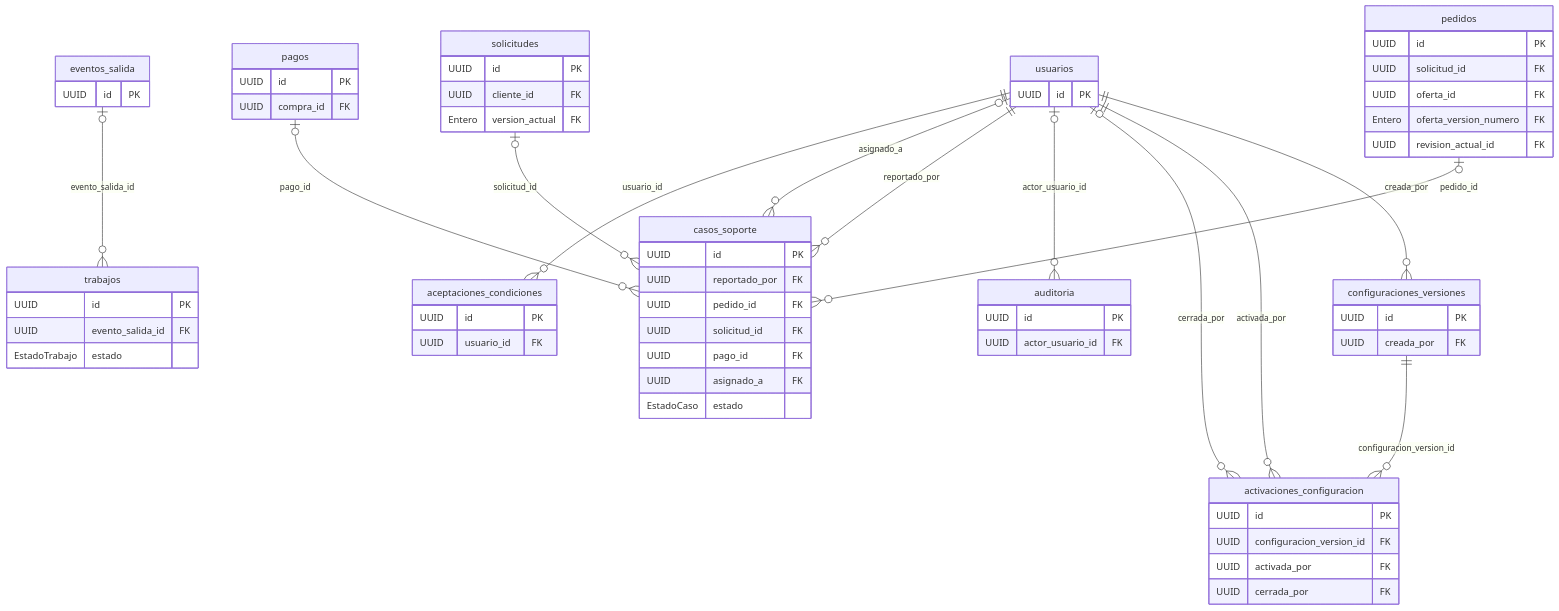
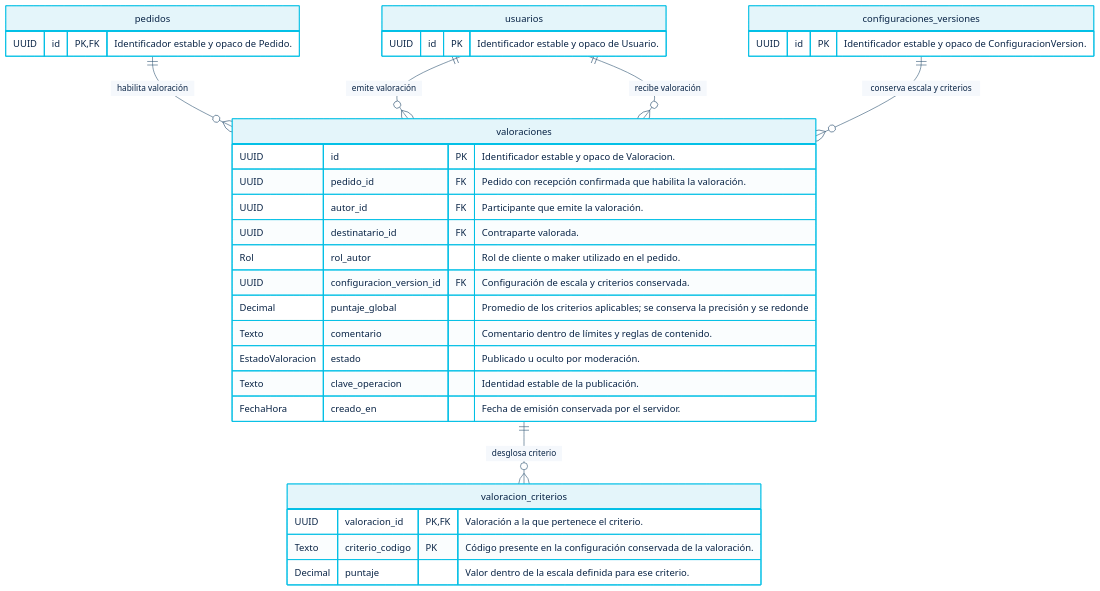
One commit to chill0101/3daltoque-docs changed the tenth of 10 diagrams in src/content/docs/modelado/datos.md. Above: the diagram before and after it, drawn with Mermaid. The commit also changed other lines of this file and 145 other files, not shown here.

Commit message:
docs: actualizar el portal con el alcance y los modelos vigentes

````diff
--- a/src/content/docs/modelado/datos.md
+++ b/src/content/docs/modelado/datos.md
@@ -696,70 +1255,37 @@
 ```mermaid
+%%{init: {"theme":"base","themeVariables":{"primaryColor":"#E4F5FA","primaryTextColor":"#082345","primaryBorderColor":"#00BFE5","lineColor":"#315574","secondaryColor":"#F5F8FC","tertiaryColor":"#FFFFFF","fontFamily":"Manrope, sans-serif"},"flowchart":{"htmlLabels":false},"class":{"htmlLabels":false}}}%%
 erDiagram
-  configuraciones_versiones {
-    UUID id PK
-    UUID creada_por FK
+  direction TB
+  valoraciones {
+    UUID id PK "Identificador estable y opaco de Valoracion."
+    UUID pedido_id FK "Pedido con recepción confirmada que habilita la valoración."
+    UUID autor_id FK "Participante que emite la valoración."
+    UUID destinatario_id FK "Contraparte valorada."
+    Rol rol_autor "Rol de cliente o maker utilizado en el pedido."
+    UUID configuracion_version_id FK "Configuración de escala y criterios conservada."
+    Decimal puntaje_global "Promedio de los criterios aplicables; se conserva la precisión y se redonde"
+    Texto comentario "Comentario dentro de límites y reglas de contenido."
+    EstadoValoracion estado "Publicado u oculto por moderación."
+    Texto clave_operacion "Identidad estable de la publicación."
+    FechaHora creado_en "Fecha de emisión conservada por el servidor."
   }
-  activaciones_configuracion {
-    UUID id PK
-    UUID configuracion_version_id FK
-    UUID activada_por FK
-    UUID cerrada_por FK
+  valoracion_criterios {
+    UUID valoracion_id PK, FK "Valoración a la que pertenece el criterio."
+    Texto criterio_codigo PK "Código presente en la configuración conservada de la valoración."
+    Decimal puntaje "Valor dentro de la escala definida para ese criterio."
   }
-  eventos_salida {
-    UUID id PK
-  }
-  trabajos {
-    UUID id PK
-    UUID evento_salida_id FK
-    EstadoTrabajo estado
-  }
-  auditoria {
-    UUID id PK
-    UUID actor_usuario_id FK
-  }
-  casos_soporte {
-    UUID id PK
-    UUID reportado_por FK
-    UUID pedido_id FK
-    UUID solicitud_id FK
-    UUID pago_id FK
-    UUID asignado_a FK
-    EstadoCaso estado
-  }
-  aceptaciones_condiciones {
-    UUID id PK
-    UUID usuario_id FK
+  pedidos {
+    UUID id PK, FK "Identificador estable y opaco de Pedido."
   }
   usuarios {
-    UUID id PK
+    UUID id PK "Identificador estable y opaco de Usuario."
   }
-  pedidos {
-    UUID id PK
-    UUID solicitud_id FK
-    UUID oferta_id FK
-    Entero oferta_version_numero FK
-    UUID revision_actual_id FK
+  configuraciones_versiones {
+    UUID id PK "Identificador estable y opaco de ConfiguracionVersion."
   }
-  solicitudes {
-    UUID id PK
-    UUID cliente_id FK
-    Entero version_actual FK
-  }
-  pagos {
-    UUID id PK
-    UUID compra_id FK
-  }
-  usuarios ||--o{ configuraciones_versiones : "creada_por"
-  configuraciones_versiones ||--o{ activaciones_configuracion : "configuracion_version_id"
-  usuarios ||--o{ activaciones_configuracion : "activada_por"
-  usuarios o|--o{ activaciones_configuracion : "cerrada_por"
-  eventos_salida o|--o{ trabajos : "evento_salida_id"
-  usuarios o|--o{ auditoria : "actor_usuario_id"
-  usuarios ||--o{ casos_soporte : "reportado_por"
-  pedidos o|--o{ casos_soporte : "pedido_id"
-  solicitudes o|--o{ casos_soporte : "solicitud_id"
-  pagos o|--o{ casos_soporte : "pago_id"
-  usuarios o|--o{ casos_soporte : "asignado_a"
-  usuarios ||--o{ aceptaciones_condiciones : "usuario_id"
-
+  pedidos ||--o{ valoraciones : "habilita valoración"
+  usuarios ||--o{ valoraciones : "emite valoración"
+  usuarios ||--o{ valoraciones : "recibe valoración"
+  configuraciones_versiones ||--o{ valoraciones : "conserva escala y criterios"
+  valoraciones ||--o{ valoracion_criterios : "desglosa criterio"
 ```
````
